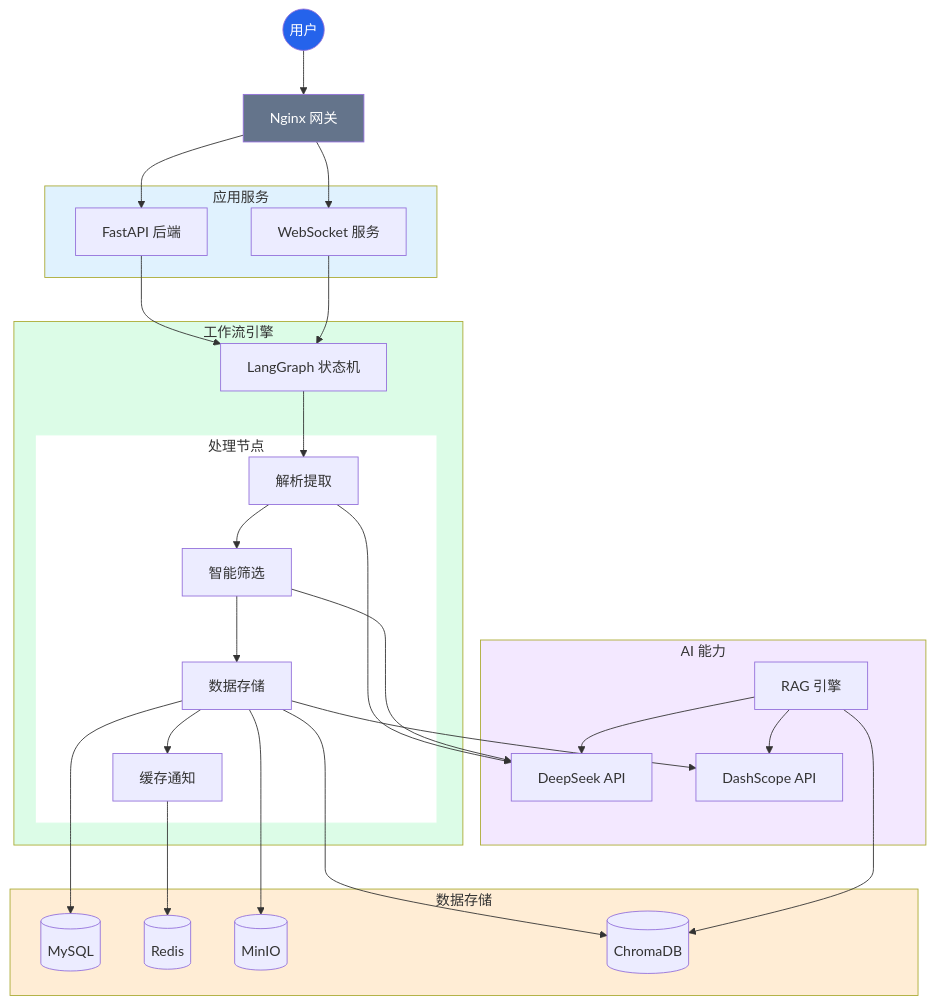
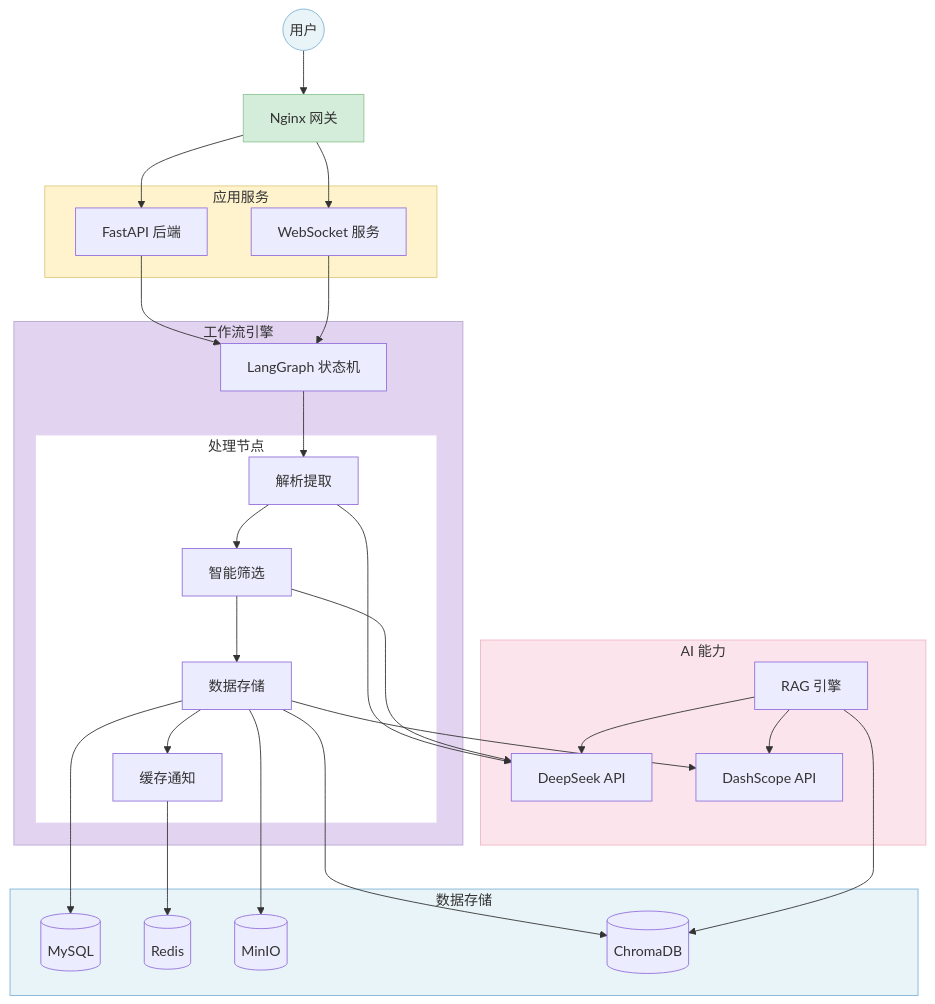
One commit to xt765/ResumeScreening changed the fourth of 17 diagrams in docs/blog.md. Above: the diagram before and after it, drawn with Mermaid. The commit also changed other lines of this file and 4 other files, not shown here.

````diff
--- a/docs/blog.md
+++ b/docs/blog.md
@@ -182,61 +188,61 @@
 ```mermaid
 graph TD
     User((用户)) --> Nginx[Nginx 网关]
     
     subgraph App_Layer [应用服务]
         API[FastAPI 后端]
         WS[WebSocket 服务]
     end
     
     subgraph Workflow_Layer [工作流引擎]
         LangGraph[LangGraph 状态机]
         
         subgraph Nodes [处理节点]
             N1[解析提取]
             N2[智能筛选]
             N3[数据存储]
             N4[缓存通知]
         end
     end
     
     subgraph AI_Layer [AI 能力]
         LLM[DeepSeek API]
         Embedding[DashScope API]
         RAG[RAG 引擎]
     end
     
     subgraph Data_Layer [数据存储]
         MySQL[(MySQL)]
         Redis[(Redis)]
         MinIO[(MinIO)]
         Chroma[(ChromaDB)]
     end
     
     Nginx --> API
     Nginx --> WS
     
     API --> LangGraph
     WS --> LangGraph
     
     LangGraph --> N1 --> N2 --> N3 --> N4
     
     N1 --> LLM
     N2 --> LLM
     N3 --> MySQL
     N3 --> MinIO
     N3 --> Chroma
     N3 --> Embedding
     N4 --> Redis
     
     RAG --> LLM
     RAG --> Chroma
     RAG --> Embedding
     
-    style User fill:#2563eb,color:#fff
-    style Nginx fill:#64748b,color:#fff
-    style App_Layer fill:#e0f2fe
-    style Workflow_Layer fill:#dcfce7
-    style AI_Layer fill:#f3e8ff
-    style Data_Layer fill:#ffedd5
-    style Nodes fill:#fff,stroke:#dcfce7
+    style User fill:#e8f4f8,stroke:#7fb3d5
+    style Nginx fill:#d4edda,stroke:#90c695
+    style App_Layer fill:#fff3cd,stroke:#e0c97f
+    style Workflow_Layer fill:#e2d4f0,stroke:#b8a9d0
+    style AI_Layer fill:#fce4ec,stroke:#f0b8c4
+    style Data_Layer fill:#e8f4f8,stroke:#7fb3d5
+    style Nodes fill:#fff,stroke:#e2d4f0
 ```
````
